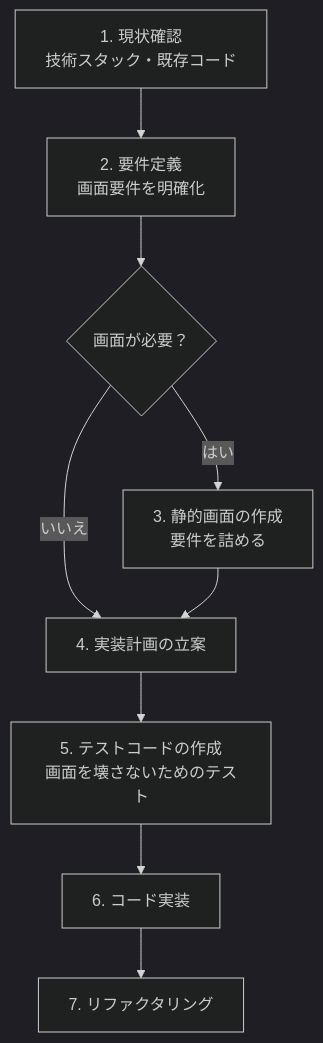
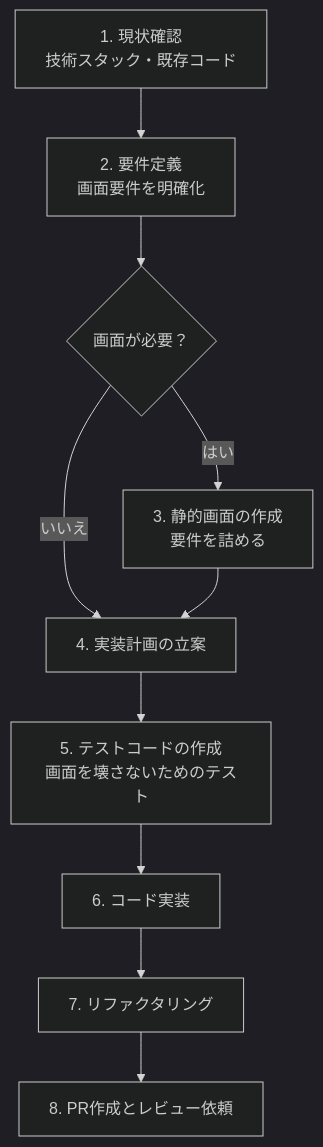
Before and after one commit to nakajima97/ai-driven-development: the diagram in docs/ai-dev-workflow.md, drawn with Mermaid (dark theme). The commit also changed other lines of this file and 1 other file, not shown here.

````diff
--- a/docs/ai-dev-workflow.md
+++ b/docs/ai-dev-workflow.md
@@ -21,11 +21,12 @@
 ```mermaid
 graph TD
     A["1. 現状確認<br/>技術スタック・既存コード"] --> B["2. 要件定義<br/>画面要件を明確化"]
     B --> C{"画面が必要？"}
     C -->|はい| D["3. 静的画面の作成<br/>要件を詰める"]
     C -->|いいえ| E["4. 実装計画の立案"]
     D --> E
     E --> F["5. テストコードの作成<br/>画面を壊さないためのテスト"]
     F --> G["6. コード実装"]
     G --> H["7. リファクタリング"]
+    H --> I["8. PR作成とレビュー依頼"]
 ```
````
